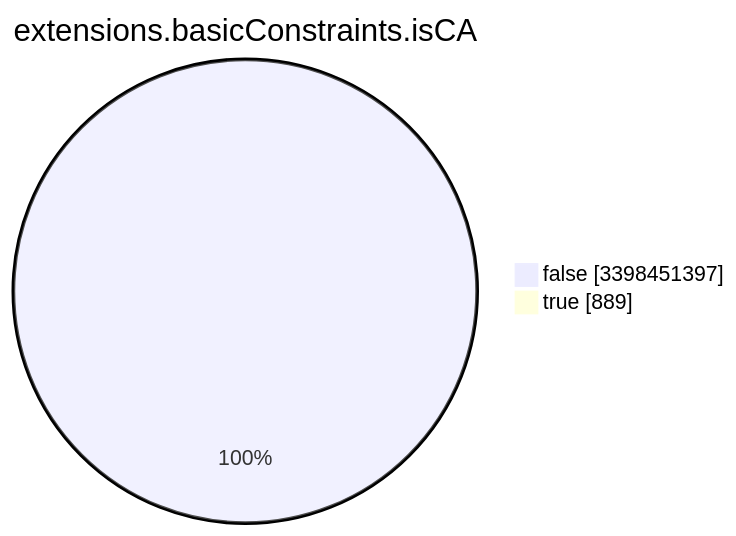
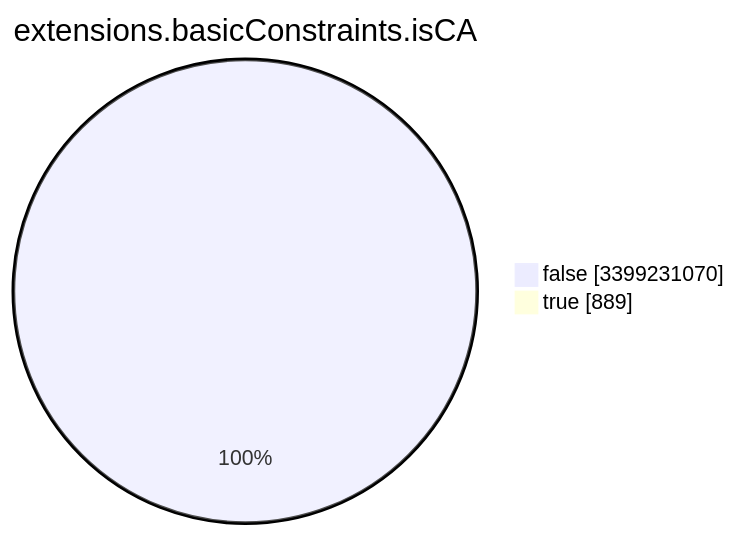
One commit to christiankrug/ctmonitor_visualization changed the seventh of 15 diagrams in TOTAL/README.md. Above: the diagram before and after it, drawn with Mermaid. The commit also changed other lines of this file, not shown here.

````diff
--- a/TOTAL/README.md
+++ b/TOTAL/README.md
@@ -3091,6 +3091,6 @@
 ```mermaid
 pie showData
 title extensions.basicConstraints.isCA
-"false" :3398451397
+"false" :3399231070
 "true" :889
 ```
````
